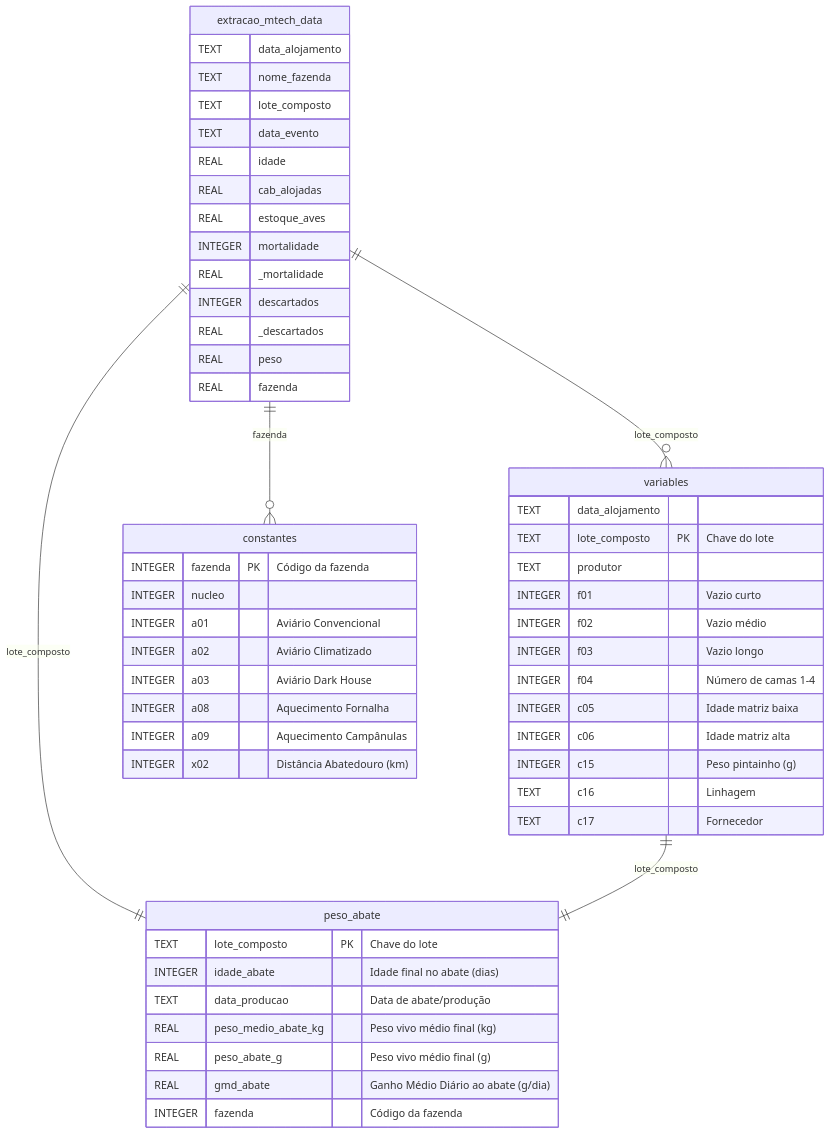
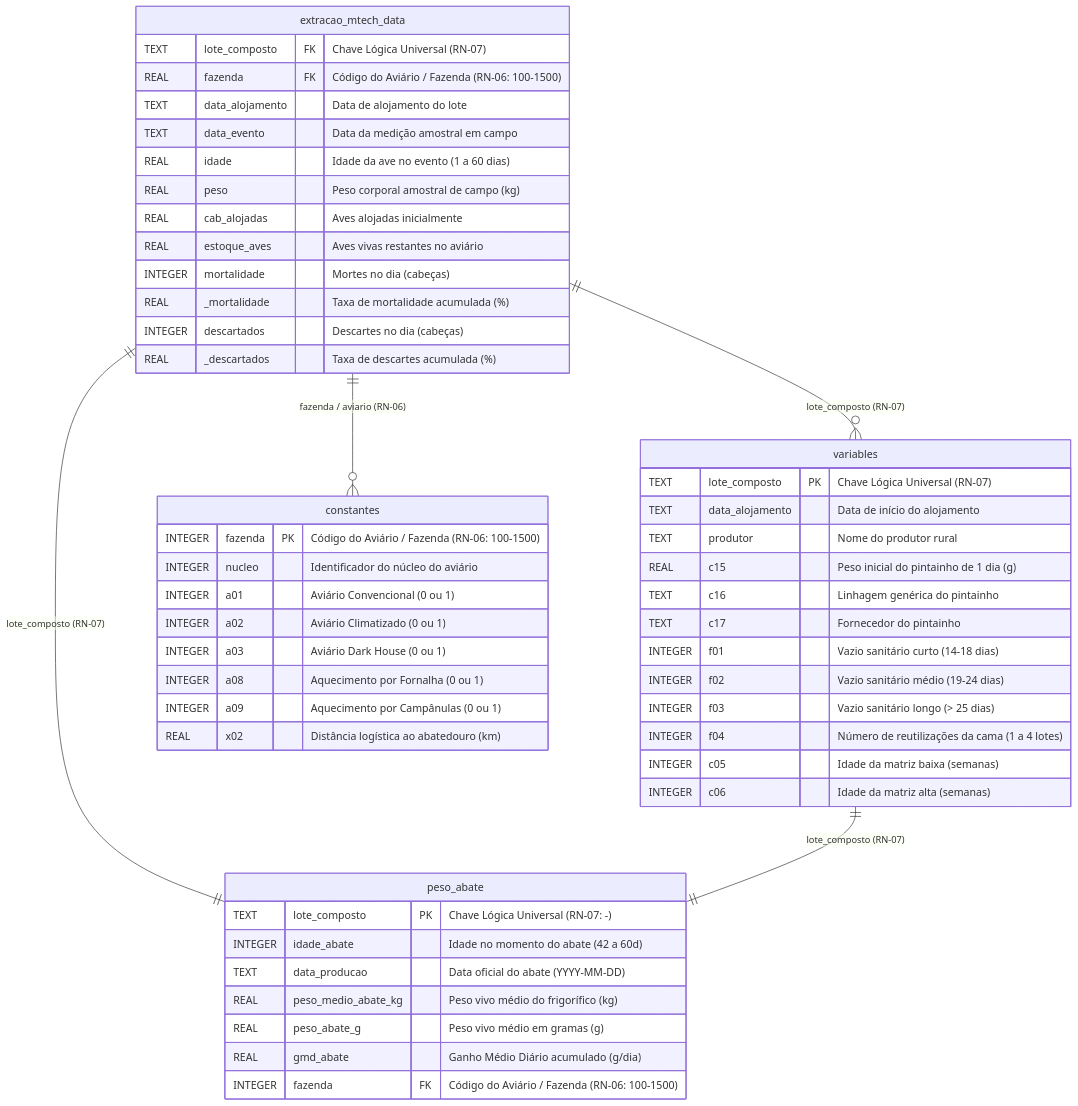
The diagram in docs/modelo_entidade_relacionamento.md (brunocorisco86/predicao_peso_mortalidade), drawn with Mermaid before and after one commit. The commit also changed other lines of this file, not shown here.

Commit message:
refactor: atualiza o MER/DER com as regras RN-06 (Aviário/Fazenda) e RN-07 (Lote Composto)

````diff
--- a/docs/modelo_entidade_relacionamento.md
+++ b/docs/modelo_entidade_relacionamento.md
@@ -5,59 +18,58 @@
 ```mermaid
 erDiagram
-    extracao_mtech_data ||--o{ variables : "lote_composto"
-    extracao_mtech_data ||--o{ constantes : "fazenda"
-    extracao_mtech_data ||--|| peso_abate : "lote_composto"
-    variables ||--|| peso_abate : "lote_composto"
+    extracao_mtech_data ||--o{ variables : "lote_composto (RN-07)"
+    extracao_mtech_data ||--o{ constantes : "fazenda / aviario (RN-06)"
+    extracao_mtech_data ||--|| peso_abate : "lote_composto (RN-07)"
+    variables ||--|| peso_abate : "lote_composto (RN-07)"
 
     peso_abate {
-        TEXT lote_composto PK "Chave do lote"
-        INTEGER idade_abate "Idade final no abate (dias)"
-        TEXT data_producao "Data de abate/produção"
-        REAL peso_medio_abate_kg "Peso vivo médio final (kg)"
-        REAL peso_abate_g "Peso vivo médio final (g)"
-        REAL gmd_abate "Ganho Médio Diário ao abate (g/dia)"
-        INTEGER fazenda "Código da fazenda"
+        TEXT lote_composto PK "Chave Lógica Universal (RN-07: <aviario>-<lote>)"
+        INTEGER idade_abate "Idade no momento do abate (42 a 60d)"
+        TEXT data_producao "Data oficial do abate (YYYY-MM-DD)"
+        REAL peso_medio_abate_kg "Peso vivo médio do frigorífico (kg)"
+        REAL peso_abate_g "Peso vivo médio em gramas (g)"
+        REAL gmd_abate "Ganho Médio Diário acumulado (g/dia)"
+        INTEGER fazenda FK "Código do Aviário / Fazenda (RN-06: 100-1500)"
+    }
+
+    variables {
+        TEXT lote_composto PK "Chave Lógica Universal (RN-07)"
+        TEXT data_alojamento "Data de início do alojamento"
+        TEXT produtor "Nome do produtor rural"
+        REAL c15 "Peso inicial do pintainho de 1 dia (g)"
+        TEXT c16 "Linhagem genérica do pintainho"
+        TEXT c17 "Fornecedor do pintainho"
+        INTEGER f01 "Vazio sanitário curto (14-18 dias)"
+        INTEGER f02 "Vazio sanitário médio (19-24 dias)"
+        INTEGER f03 "Vazio sanitário longo (> 25 dias)"
+        INTEGER f04 "Número de reutilizações da cama (1 a 4 lotes)"
+        INTEGER c05 "Idade da matriz baixa (semanas)"
+        INTEGER c06 "Idade da matriz alta (semanas)"
+    }
+
+    constantes {
+        INTEGER fazenda PK "Código do Aviário / Fazenda (RN-06: 100-1500)"
+        INTEGER nucleo "Identificador do núcleo do aviário"
+        INTEGER a01 "Aviário Convencional (0 ou 1)"
+        INTEGER a02 "Aviário Climatizado (0 ou 1)"
+        INTEGER a03 "Aviário Dark House (0 ou 1)"
+        INTEGER a08 "Aquecimento por Fornalha (0 ou 1)"
+        INTEGER a09 "Aquecimento por Campânulas (0 ou 1)"
+        REAL x02 "Distância logística ao abatedouro (km)"
     }
 
     extracao_mtech_data {
-        TEXT data_alojamento
-        TEXT nome_fazenda
-        TEXT lote_composto
-        TEXT data_evento
-        REAL idade
-        REAL cab_alojadas
-        REAL estoque_aves
-        INTEGER mortalidade
-        REAL _mortalidade
-        INTEGER descartados
-        REAL _descartados
-        REAL peso
-        REAL fazenda
-    }
-
-    variables {
-        TEXT data_alojamento
-        TEXT lote_composto PK "Chave do lote"
-        TEXT produtor
-        INTEGER f01 "Vazio curto"
-        INTEGER f02 "Vazio médio"
-        INTEGER f03 "Vazio longo"
-        INTEGER f04 "Número de camas 1-4"
-        INTEGER c05 "Idade matriz baixa"
-        INTEGER c06 "Idade matriz alta"
-        INTEGER c15 "Peso pintainho (g)"
-        TEXT c16 "Linhagem"
-        TEXT c17 "Fornecedor"
-    }
-
-    constantes {
-        INTEGER fazenda PK "Código da fazenda"
-        INTEGER nucleo
-        INTEGER a01 "Aviário Convencional"
-        INTEGER a02 "Aviário Climatizado"
-        INTEGER a03 "Aviário Dark House"
-        INTEGER a08 "Aquecimento Fornalha"
-        INTEGER a09 "Aquecimento Campânulas"
-        INTEGER x02 "Distância Abatedouro (km)"
+        TEXT lote_composto FK "Chave Lógica Universal (RN-07)"
+        REAL fazenda FK "Código do Aviário / Fazenda (RN-06: 100-1500)"
+        TEXT data_alojamento "Data de alojamento do lote"
+        TEXT data_evento "Data da medição amostral em campo"
+        REAL idade "Idade da ave no evento (1 a 60 dias)"
+        REAL peso "Peso corporal amostral de campo (kg)"
+        REAL cab_alojadas "Aves alojadas inicialmente"
+        REAL estoque_aves "Aves vivas restantes no aviário"
+        INTEGER mortalidade "Mortes no dia (cabeças)"
+        REAL _mortalidade "Taxa de mortalidade acumulada (%)"
+        INTEGER descartados "Descartes no dia (cabeças)"
+        REAL _descartados "Taxa de descartes acumulada (%)"
     }
 ```
````
